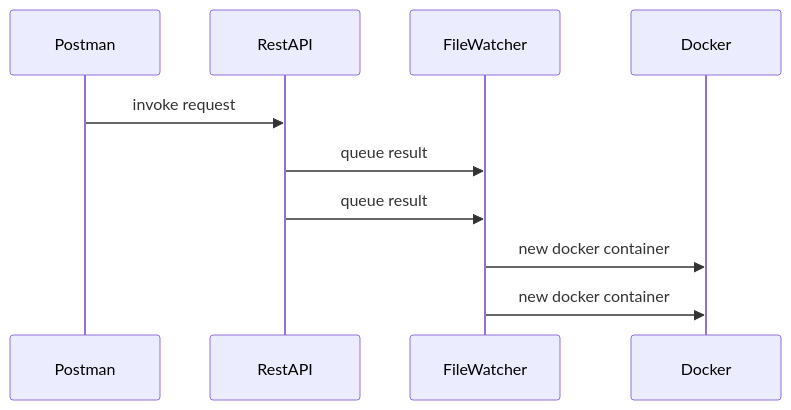
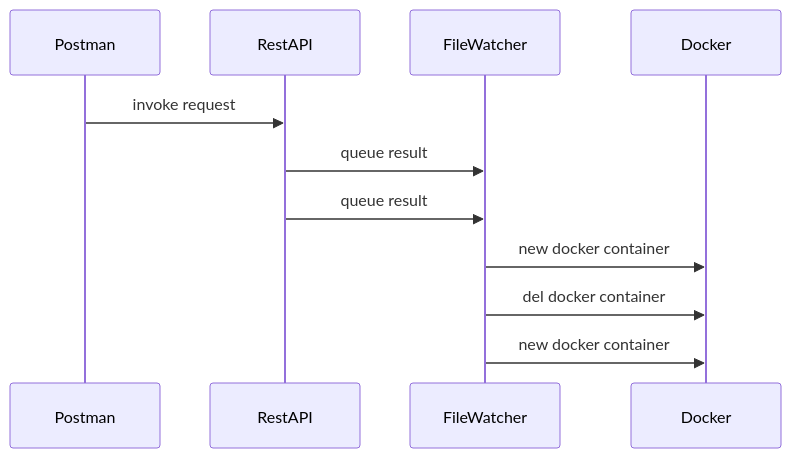
Before and after one commit to tinuwalther/PSAutoMic: the diagram in README.md, drawn with Mermaid. The commit also changed other lines of this file and 6 other files, not shown here.

`````diff
--- a/README.md
+++ b/README.md
@@ -5,8 +5,9 @@
 ````mermaid
 sequenceDiagram
     Postman->>RestAPI: invoke request
     RestAPI->>FileWatcher: queue result
     RestAPI->>FileWatcher: queue result
     FileWatcher->>Docker: new docker container
+    FileWatcher->>Docker: del docker container
     FileWatcher->>Docker: new docker container
 ````
`````
